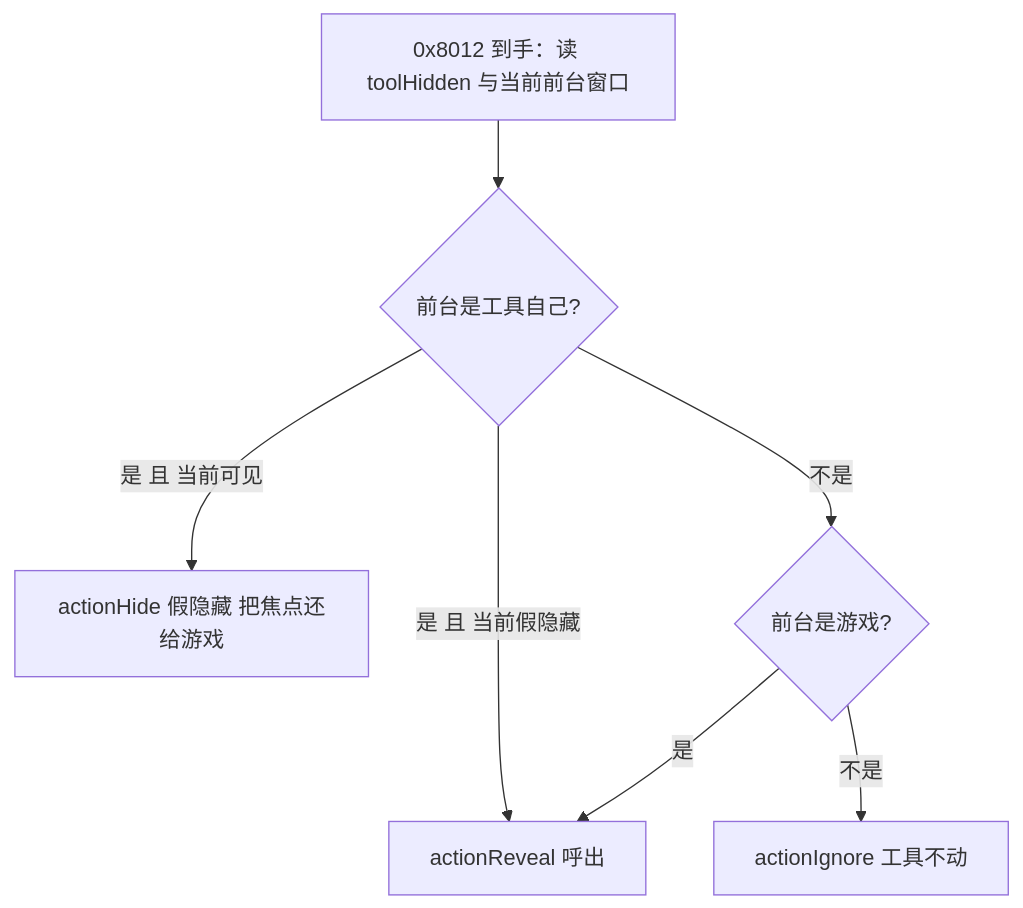
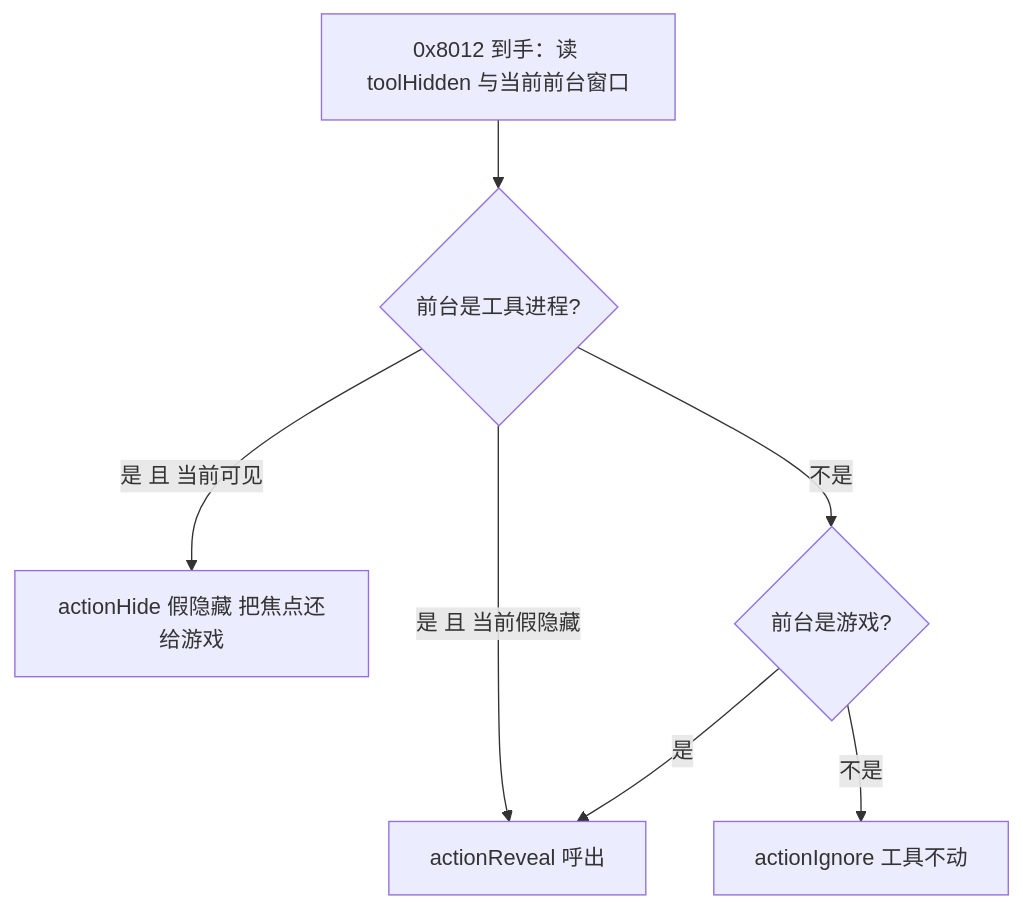
The third of 4 diagrams in openwiki/architecture/visual-tool.md (baagod/GBFR-Sigil-Loadout), drawn with Mermaid before and after one commit. The commit also changed other lines of this file and 52 other files, not shown here.

````diff
--- a/openwiki/architecture/visual-tool.md
+++ b/openwiki/architecture/visual-tool.md
@@ -203,9 +237,9 @@
 ```mermaid
 flowchart TD
-    In["0x8012 到手：读 toolHidden 与当前前台窗口"] --> Self{"前台是工具自己?"}
+    In["0x8012 到手：读 toolHidden 与当前前台窗口"] --> Self{"前台是工具进程?"}
     Self -->|"是 且 当前可见"| Hide["actionHide 假隐藏 把焦点还给游戏"]
     Self -->|"是 且 当前假隐藏"| Reveal["actionReveal 呼出"]
     Self -->|"不是"| Game{"前台是游戏?"}
     Game -->|"是"| Reveal
     Game -->|"不是"| Ignore["actionIgnore 工具不动"]
 ```
````
